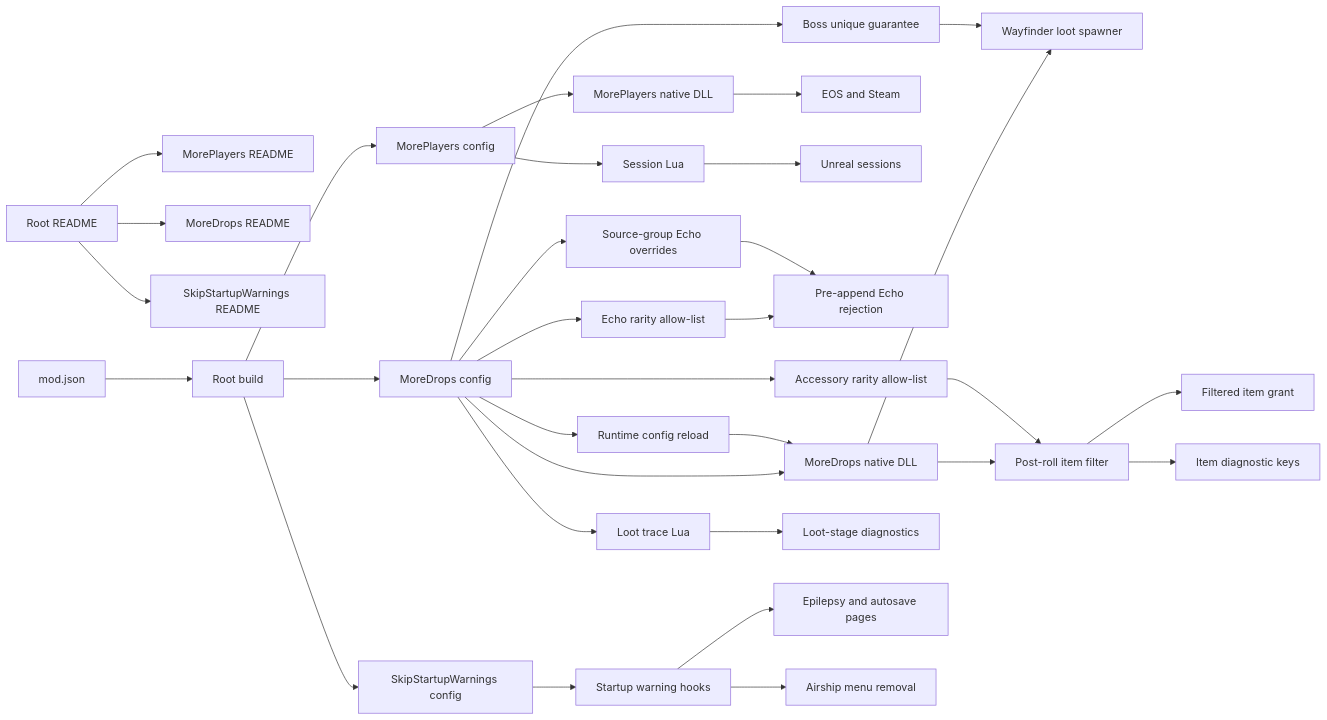
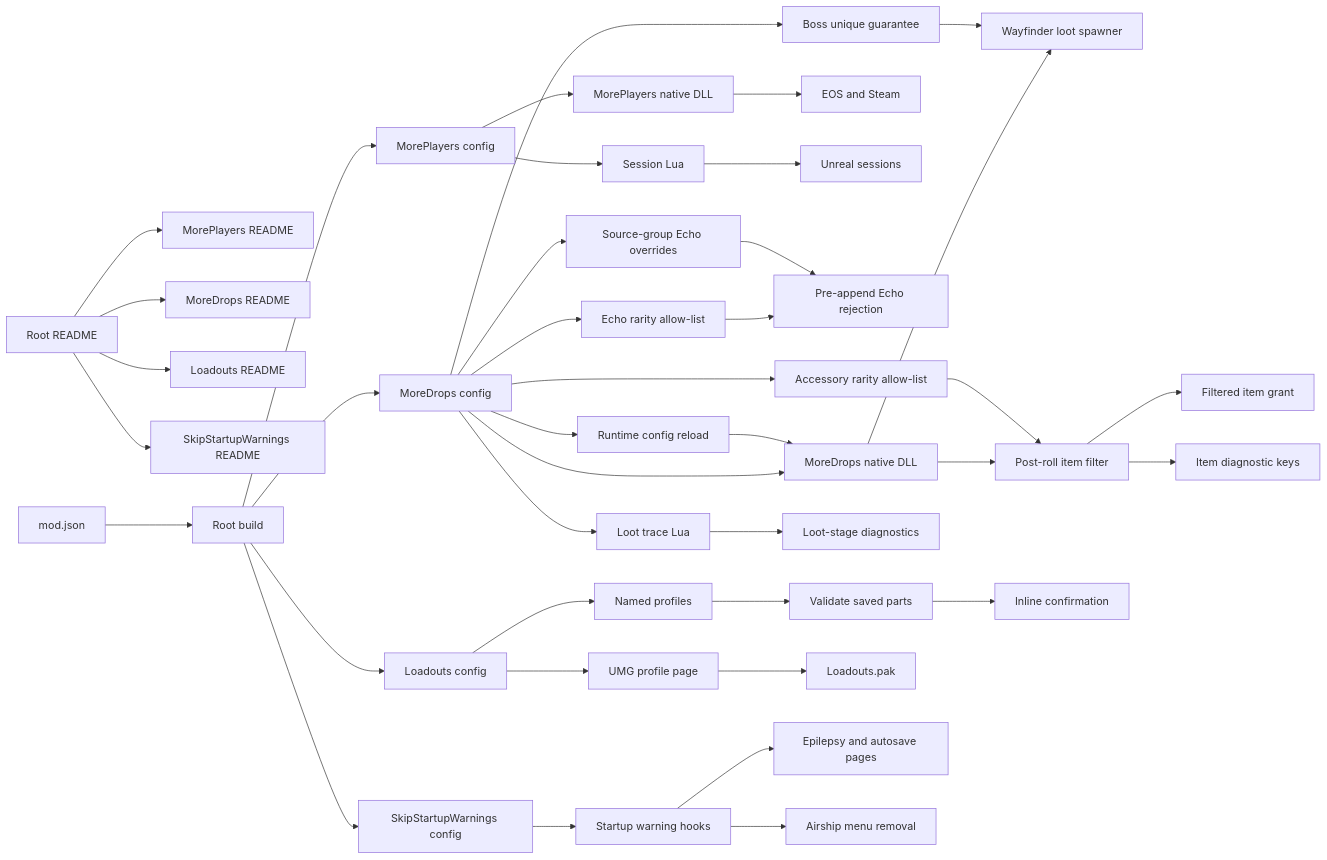
Before and after one commit to TheAngryByrd/Wayfinder-Mods: the diagram in lode/summary.md, drawn with Mermaid. The commit also changed other lines of this file and 94 other files, not shown here.

````diff
--- a/lode/summary.md
+++ b/lode/summary.md
@@ -19,34 +19,41 @@
 ```mermaid
 flowchart LR
     Catalog[Root README] --> Players[MorePlayers README]
     Catalog --> Drops[MoreDrops README]
+    Catalog --> Loadouts[Loadouts README]
     Catalog --> Startup[SkipStartupWarnings README]
     Manifest[mod.json] --> Build[Root build]
     Build --> PlayersConfig[MorePlayers config]
     Build --> DropsConfig[MoreDrops config]
+    Build --> LoadoutsConfig[Loadouts config]
     Build --> StartupConfig[SkipStartupWarnings config]
     PlayersConfig --> PlayerNative[MorePlayers native DLL]
     PlayersConfig --> SessionLua[Session Lua]
     DropsConfig --> LootNative[MoreDrops native DLL]
     DropsConfig --> ConfigReload[Runtime config reload]
     ConfigReload --> LootNative
     DropsConfig --> LootLua[Loot trace Lua]
     PlayerNative --> Online[EOS and Steam]
     SessionLua --> Unreal[Unreal sessions]
     LootNative --> Spawner[Wayfinder loot spawner]
     LootNative --> ItemFilter[Post-roll item filter]
     ItemFilter --> ItemGrant[Filtered item grant]
     DropsConfig --> EchoSetting[Echo rarity allow-list]
     EchoSetting --> EchoReject[Pre-append Echo rejection]
     DropsConfig --> AccessorySetting[Accessory rarity allow-list]
     AccessorySetting --> ItemFilter
     DropsConfig --> BossSetting[Boss unique guarantee]
     BossSetting --> Spawner
     DropsConfig --> EchoOverride[Source-group Echo overrides]
     EchoOverride --> EchoReject
     ItemFilter --> ItemLog[Item diagnostic keys]
     LootLua --> Trace[Loot-stage diagnostics]
+    LoadoutsConfig --> Profiles[Named profiles]
+    Profiles --> Validate[Validate saved parts]
+    Validate --> Confirm[Inline confirmation]
+    LoadoutsConfig --> LoadoutsUI[UMG profile page]
+    LoadoutsUI --> LoadoutsPak[Loadouts.pak]
     StartupConfig --> WarningHooks[Startup warning hooks]
     WarningHooks --> WarningPages[Epilepsy and autosave pages]
     WarningHooks --> MenuExit[Airship menu removal]
 ```
````
